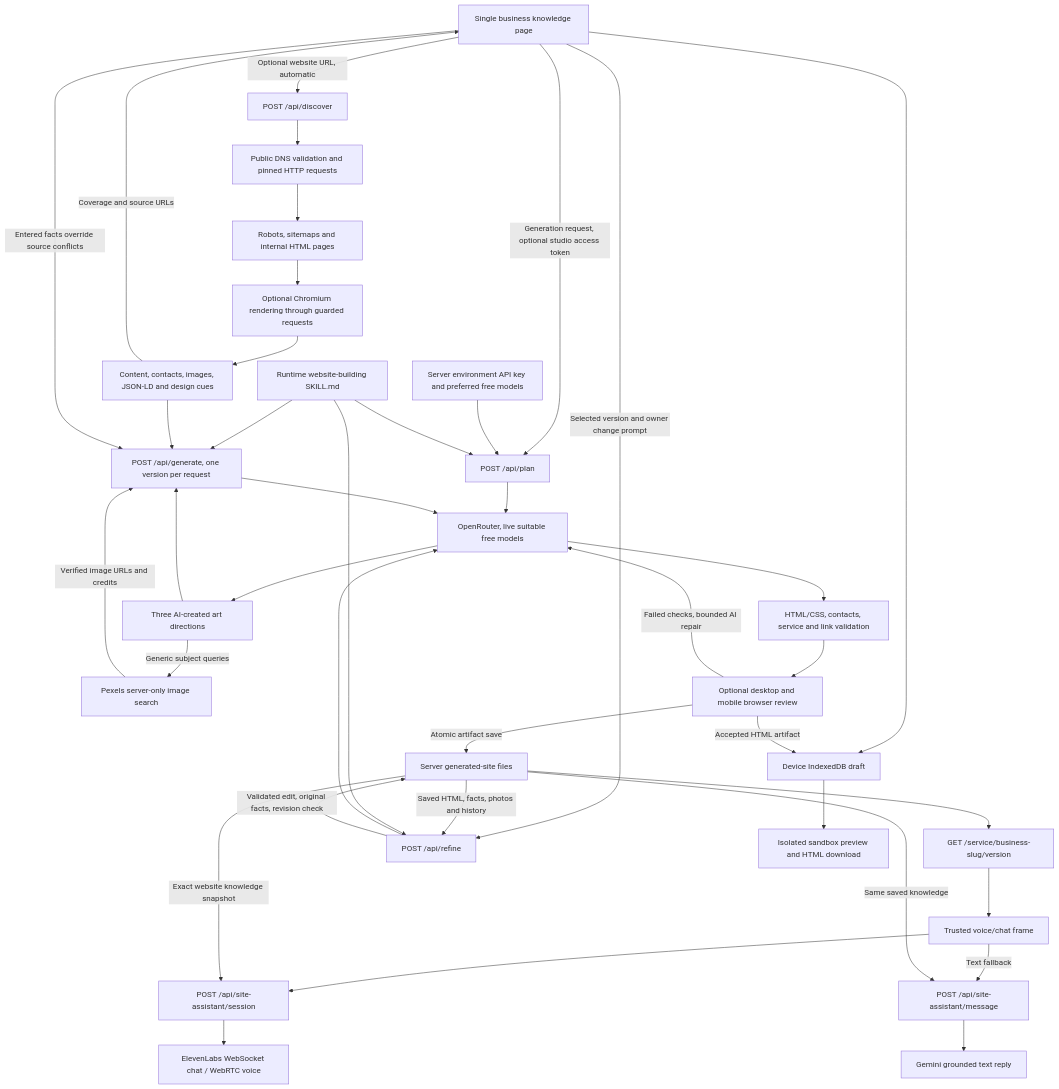
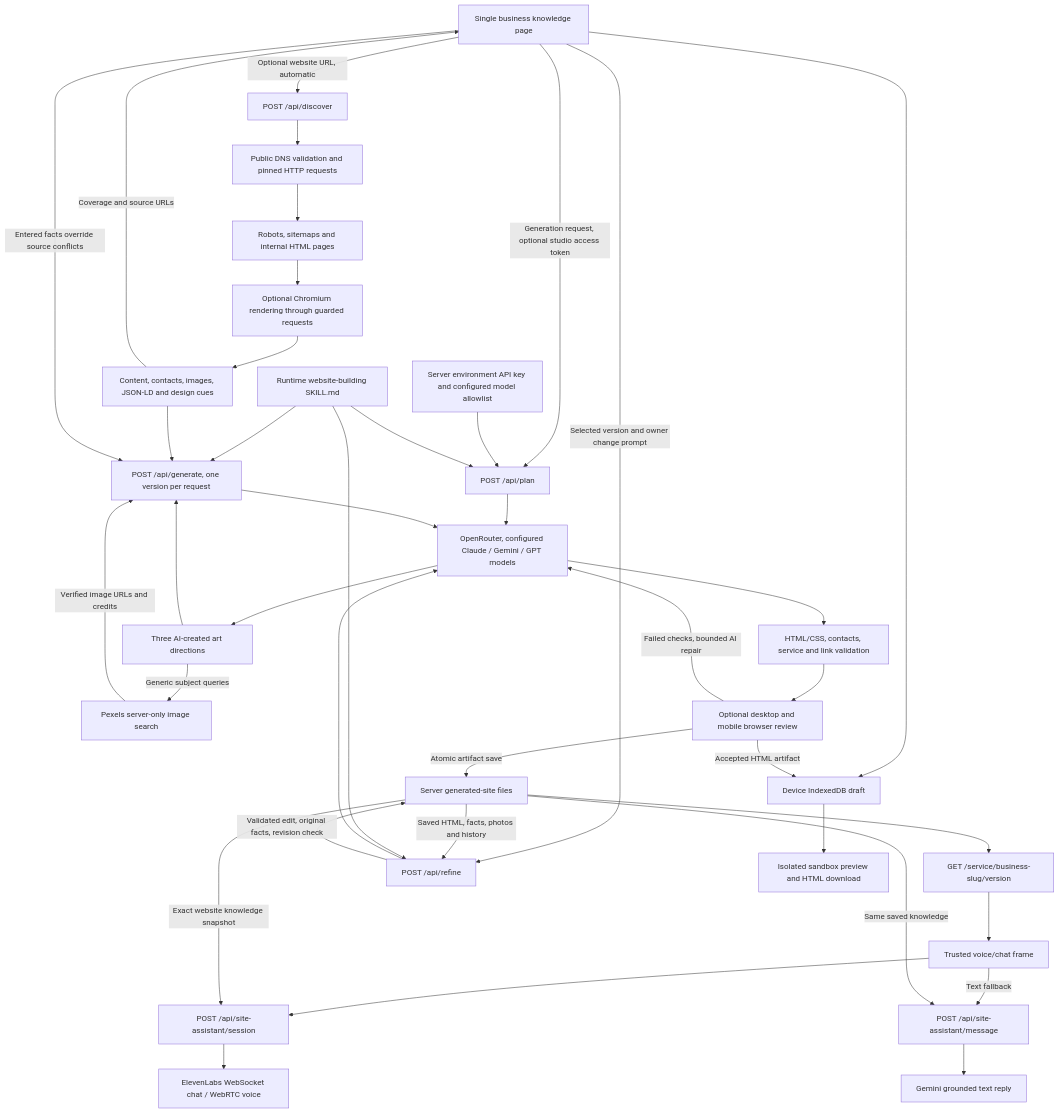
One commit to tinitiateprime/everonnai changed the diagram in PROJECT_DATA_FLOW.md. Above: the diagram before and after it, drawn with Mermaid. The commit also changed other lines of this file and 31 other files, not shown here.

Commit message:
Configure Claude Gemini and GPT models with resumable website discovery

````diff
--- a/PROJECT_DATA_FLOW.md
+++ b/PROJECT_DATA_FLOW.md
@@ -3,41 +3,41 @@
 ```mermaid
 flowchart TD
   User[Single business knowledge page] --> Draft[Device IndexedDB draft]
   User -->|Optional website URL, automatic| Discover[POST /api/discover]
   Discover --> Network[Public DNS validation and pinned HTTP requests]
   Network --> Source[Robots, sitemaps and internal HTML pages]
   Source --> Browser[Optional Chromium rendering through guarded requests]
   Browser --> Evidence[Content, contacts, images, JSON-LD and design cues]
   Evidence -->|Coverage and source URLs| User
   User -->|Generation request, optional studio access token| Plan[POST /api/plan]
-  ServerEnv[Server environment API key and preferred free models] --> Plan
-  Plan --> Router[OpenRouter, live suitable free models]
+  ServerEnv[Server environment API key and configured model allowlist] --> Plan
+  Plan --> Router[OpenRouter, configured Claude / Gemini / GPT models]
   Router --> Directions[Three AI-created art directions]
   Skill[Runtime website-building SKILL.md] --> Plan
   Skill --> Generate
   Directions -->|Generic subject queries| Pexels[Pexels server-only image search]
   Pexels -->|Verified image URLs and credits| Generate
   Directions --> Generate[POST /api/generate, one version per request]
   Evidence --> Generate
   User -->|Entered facts override source conflicts| Generate
   Generate --> Router
   Router --> Validate[HTML/CSS, contacts, service and link validation]
   Validate --> Inspect[Optional desktop and mobile browser review]
   Inspect -->|Failed checks, bounded AI repair| Router
   Inspect -->|Accepted HTML artifact| Draft
   Inspect -->|Atomic artifact save| SiteStore[Server generated-site files]
   SiteStore --> SiteURL[GET /service/business-slug/version]
   User -->|Selected version and owner change prompt| Refine[POST /api/refine]
   SiteStore -->|Saved HTML, facts, photos and history| Refine
   Skill --> Refine
   Refine --> Router
   Refine -->|Validated edit, original facts, revision check| SiteStore
   SiteURL --> Widget[Trusted voice/chat frame]
   Widget --> Session[POST /api/site-assistant/session]
   SiteStore -->|Exact website knowledge snapshot| Session
   Session --> ElevenLabs[ElevenLabs WebSocket chat / WebRTC voice]
   Widget -->|Text fallback| Reply[POST /api/site-assistant/message]
   SiteStore -->|Same saved knowledge| Reply
   Reply --> Gemini[Gemini grounded text reply]
   Draft --> Preview[Isolated sandbox preview and HTML download]
 ```
````
